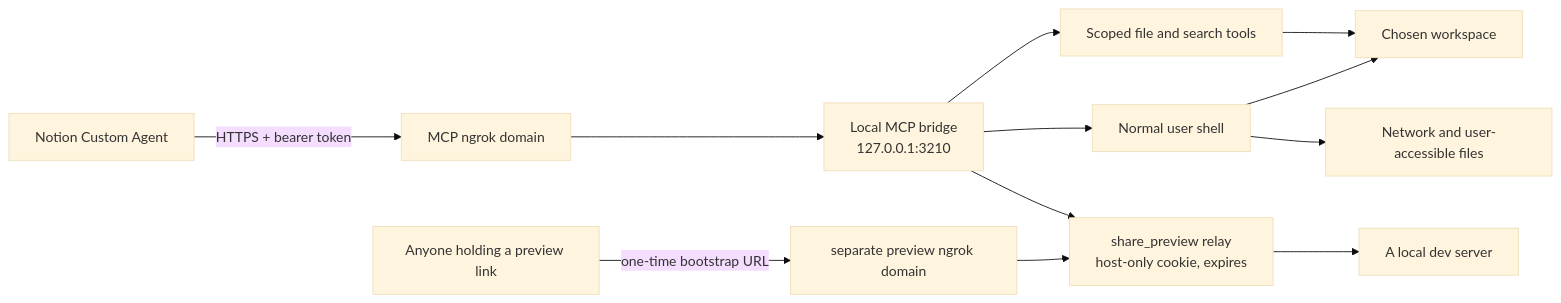
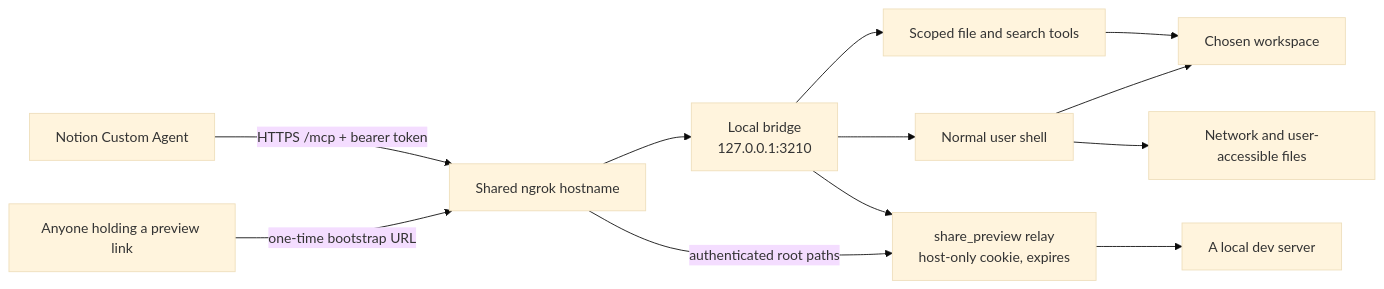
The diagram in README.md (soumosa/notion-cowork-bridge), drawn with Mermaid (base theme) before and after one commit. The commit also changed other lines of this file and 12 other files, not shown here.

Commit message:
feat: share previews on the MCP hostname

````diff
--- a/README.md
+++ b/README.md
@@ -109,14 +109,14 @@
 ```mermaid
 flowchart LR
-    A["Notion Custom Agent"] -->|"HTTPS + bearer token"| B["MCP ngrok domain"]
-    B --> C["Local MCP bridge<br/>127.0.0.1:3210"]
-    H["Anyone holding a preview link"] -->|"one-time bootstrap URL"| Q["separate preview ngrok domain"]
+    A["Notion Custom Agent"] -->|"HTTPS /mcp + bearer token"| B["Shared ngrok hostname"]
+    H["Anyone holding a preview link"] -->|"one-time bootstrap URL"| B
+    B --> C["Local bridge<br/>127.0.0.1:3210"]
     C --> D["Scoped file and search tools"]
     C --> E["Normal user shell"]
     C --> P["share_preview relay<br/>host-only cookie, expires"]
-    Q --> P
+    B -->|"authenticated root paths"| P
     D --> F["Chosen workspace"]
     E --> F
     E --> G["Network and user-accessible files"]
     P --> L["A local dev server"]
 ```
````
